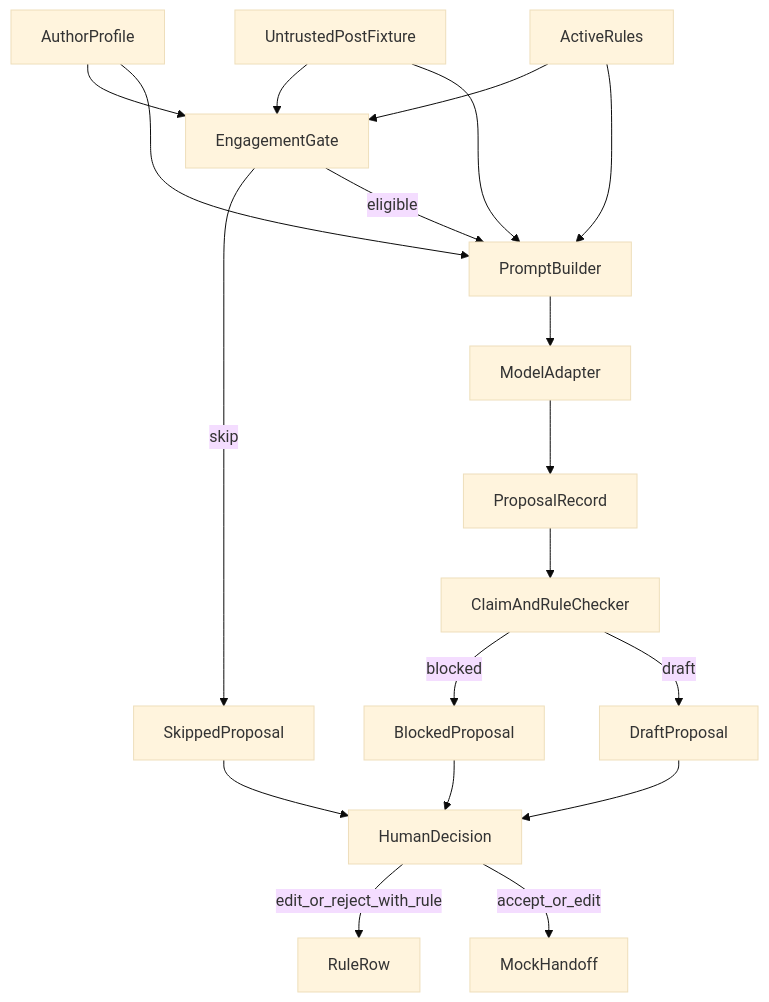
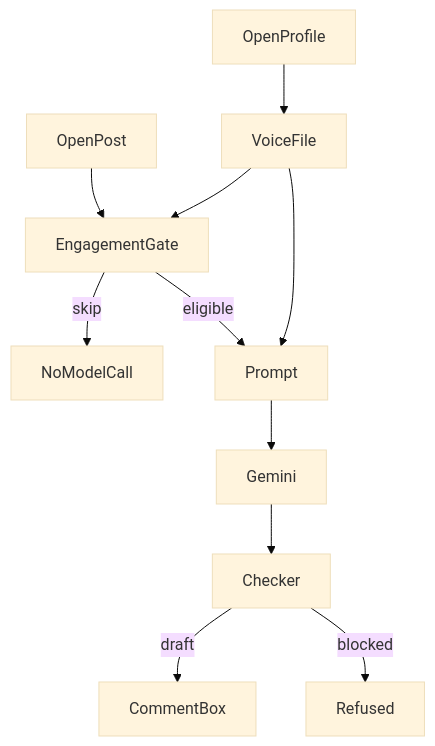
The diagram in docs/system.md (Anshgrover23/byro-assignment), drawn with Mermaid (base theme) before and after one commit. The commit also changed other lines of this file and 3 other files, not shown here.

````diff
--- a/docs/system.md
+++ b/docs/system.md
@@ -5,24 +5,13 @@
 ```mermaid
 flowchart TD
-  post[UntrustedPostFixture]
-  author[AuthorProfile]
-  rules[ActiveRules]
-  post --> gate[EngagementGate]
-  author --> gate
-  rules --> gate
-  gate -->|skip| proposalSkip[SkippedProposal]
-  gate -->|eligible| prompt[PromptBuilder]
-  author --> prompt
-  rules --> prompt
-  post --> prompt
-  prompt --> model[ModelAdapter]
-  model --> proposal[ProposalRecord]
-  proposal --> checker[ClaimAndRuleChecker]
-  checker -->|blocked| proposalBlocked[BlockedProposal]
-  checker -->|draft| proposalDraft[DraftProposal]
-  proposalSkip --> decision[HumanDecision]
-  proposalBlocked --> decision
-  proposalDraft --> decision
-  decision -->|edit_or_reject_with_rule| ruleRow[RuleRow]
-  decision -->|accept_or_edit| handoff[MockHandoff]
+  profile[OpenProfile] --> memory[VoiceFile]
+  post[OpenPost] --> gate[EngagementGate]
+  memory --> gate
+  gate -->|skip| silence[NoModelCall]
+  gate -->|eligible| prompt[Prompt]
+  memory --> prompt
+  prompt --> model[Gemini]
+  model --> checker[Checker]
+  checker -->|draft| box[CommentBox]
+  checker -->|blocked| refused[Refused]
 ```
````
